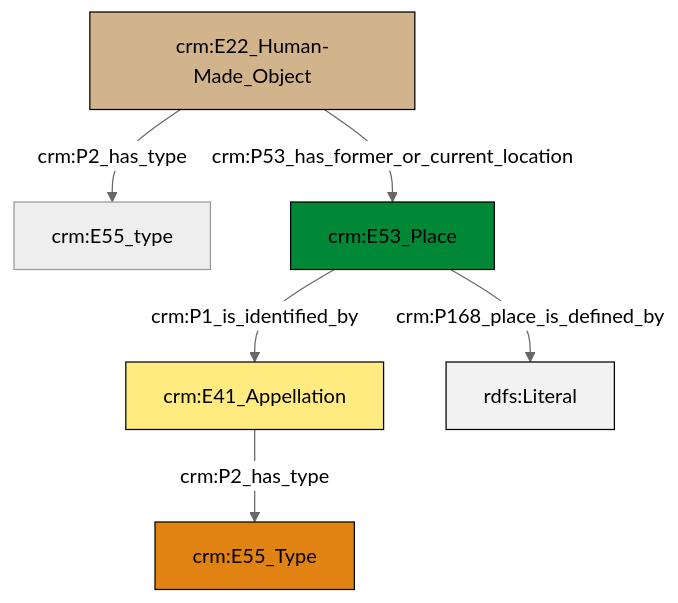
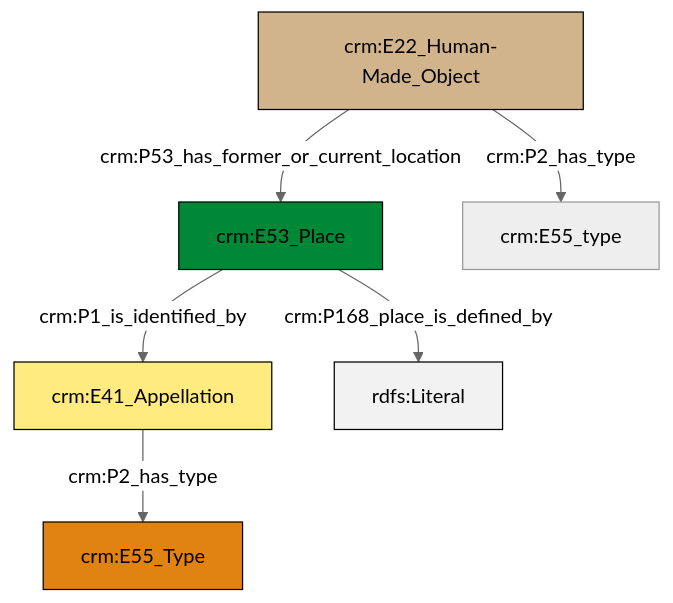
One commit to swiss-art-research-net/docs.swissartresearch changed the diagram in et/builtWorkCSV/ttl/mmd/Built_Work_location.ttl.mmd. Above: the diagram before and after it, drawn with Mermaid (neutral theme). The commit also changed 216 other files, not shown here.

```diff
--- a/et/builtWorkCSV/ttl/mmd/Built_Work_location.ttl.mmd
+++ b/et/builtWorkCSV/ttl/mmd/Built_Work_location.ttl.mmd
@@ -1,20 +1,20 @@
 graph TD
 classDef Literal fill:#f2f2f2,stroke:#000000;
 classDef CRM_Entity fill:#FFFFFF,stroke:#000000;
 classDef Temporal_Entity fill:#00C9E6, stroke:#000000;
 classDef Type fill:#E18312, stroke:#000000;
 classDef Time-Span fill:#2C9C91, stroke:#000000;
 classDef Appellation fill:#FFEB7F, stroke:#000000;
 classDef Place fill:#008836, stroke:#000000;
 classDef Persistent_Item fill:#B266B2, stroke:#000000;
 classDef Conceptual_Object fill:#FFD700, stroke:#000000;
 classDef Physical_Thing fill:#D2B48C, stroke:#000000;
 classDef Actor fill:#f58aad, stroke:#000000;
 classDef PC_Classes fill:#4ce600, stroke:#000000;
 classDef Multi fill:#cccccc,stroke:#000000;
 
-8["crm:E53_Place"]:::Place -->|crm:P168_place_is_defined_by| 11[rdfs:Literal]:::Literal
-2["crm:E22_Human-Made_Object"]:::Physical_Thing -->|crm:P2_has_type| 0["crm:E55_type"]:::Default
-6["crm:E41_Appellation"]:::Appellation -->|crm:P2_has_type| 4["crm:E55_Type"]:::Type
-2["crm:E22_Human-Made_Object"]:::Physical_Thing -->|crm:P53_has_former_or_current_location| 8["crm:E53_Place"]:::Place
-8["crm:E53_Place"]:::Place -->|crm:P1_is_identified_by| 6["crm:E41_Appellation"]:::Appellation
+2["crm:E22_Human-Made_Object"]:::Physical_Thing -->|crm:P53_has_former_or_current_location| 4["crm:E53_Place"]:::Place
+4["crm:E53_Place"]:::Place -->|crm:P1_is_identified_by| 0["crm:E41_Appellation"]:::Appellation
+4["crm:E53_Place"]:::Place -->|crm:P168_place_is_defined_by| 5[rdfs:Literal]:::Literal
+0["crm:E41_Appellation"]:::Appellation -->|crm:P2_has_type| 6["crm:E55_Type"]:::Type
+2["crm:E22_Human-Made_Object"]:::Physical_Thing -->|crm:P2_has_type| 8["crm:E55_type"]:::Default
```
